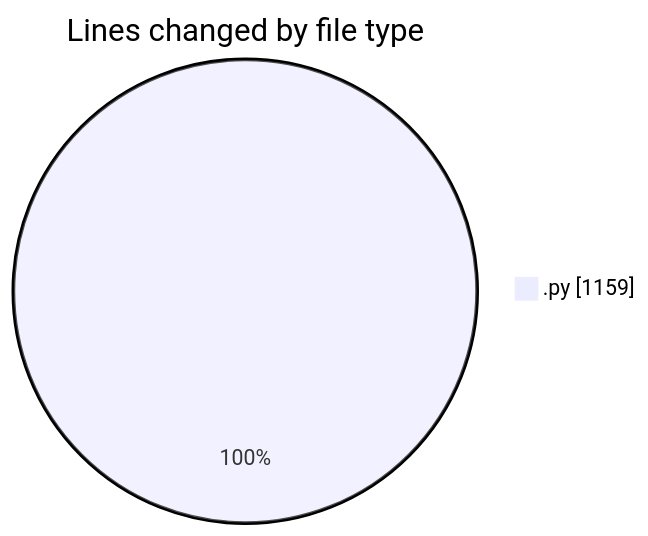
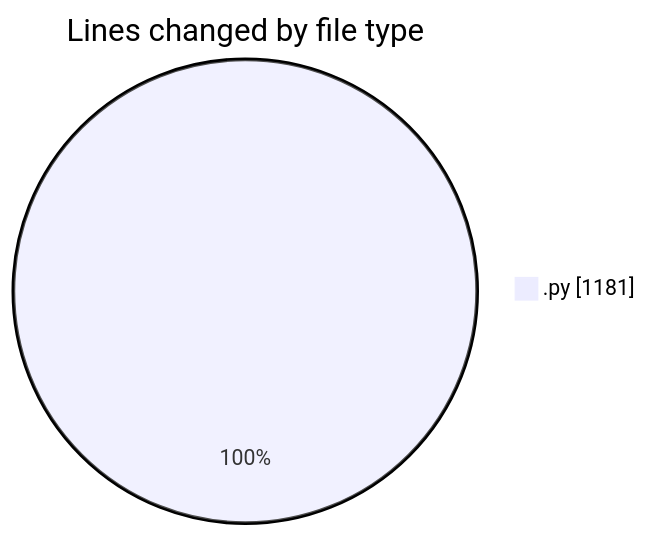
One commit to MatusMokan/code-tracking changed the first of 2 diagrams in 2025-03-26/myws__workspace_/README.md. Above: the diagram before and after it, drawn with Mermaid. The commit also changed other lines of this file and 1 other file, not shown here.

````diff
--- a/2025-03-26/myws__workspace_/README.md
+++ b/2025-03-26/myws__workspace_/README.md
@@ -20,5 +20,5 @@
 ```mermaid
 pie showData
 title Lines changed by file type
-".py" : 1159
+".py" : 1181
 ```
````
